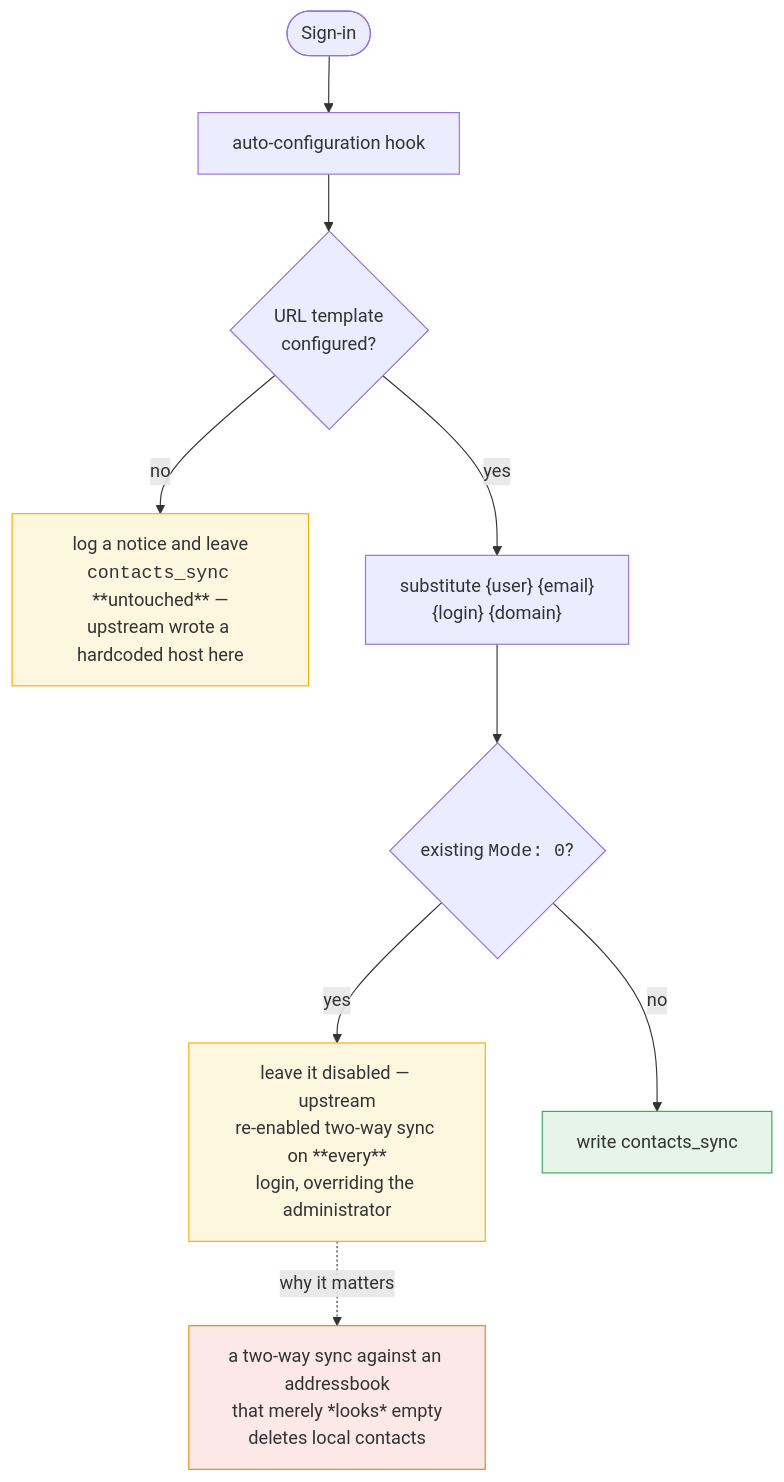
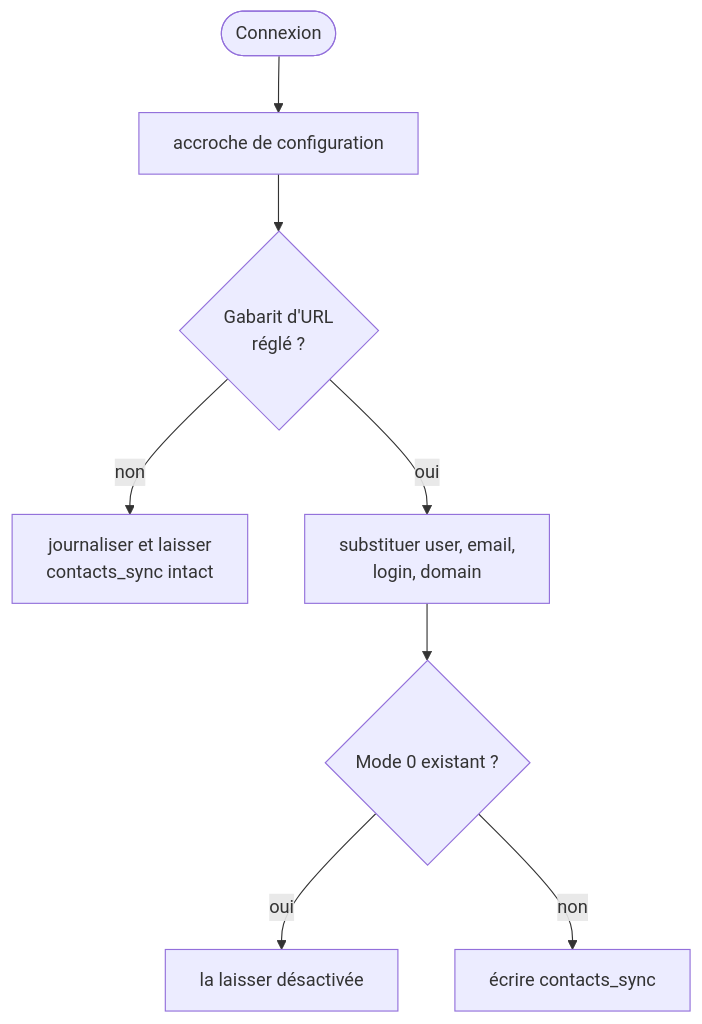
One commit to FathiBenNasr/SnappyMail-CardDAV-Plugin changed the diagram in README.md. Above: the diagram before and after it, drawn with Mermaid. The commit also changed other lines of this file and 10 other files, not shown here.

````diff
--- a/README.md
+++ b/README.md
@@ -32,14 +61,10 @@
 ```mermaid
 flowchart TD
-    L([Sign-in]) --> H[auto-configuration hook]
-    H --> T{URL template<br/>configured?}
-    T -- no --> LEAVE["log a notice and leave<br/><code>contacts_sync</code> **untouched** —<br/>upstream wrote a hardcoded host here"]:::amber
-    T -- yes --> SUB["substitute {user} {email}<br/>{login} {domain}"]
-    SUB --> M{"existing <code>Mode: 0</code>?"}
-    M -- yes --> KEEP["leave it disabled — upstream<br/>re-enabled two-way sync on **every**<br/>login, overriding the administrator"]:::amber
-    M -- no --> W[write contacts_sync]:::green
-    KEEP -.->|"why it matters"| RISK["a two-way sync against an addressbook<br/>that merely *looks* empty<br/>deletes local contacts"]:::red
-    classDef green fill:#e6f4ea,stroke:#34a853
-    classDef amber fill:#fef7e0,stroke:#f9ab00
-    classDef red fill:#fce8e6,stroke:#ea8600
+    L([Connexion]) --> H[accroche de configuration]
+    H --> T{Gabarit d'URL<br/>réglé ?}
+    T -- non --> LAISSE[journaliser et laisser<br/>contacts_sync intact]
+    T -- oui --> SUB[substituer user, email,<br/>login, domain]
+    SUB --> M{Mode 0 existant ?}
+    M -- oui --> GARDE[la laisser désactivée]
+    M -- non --> W[écrire contacts_sync]
 ```
````
